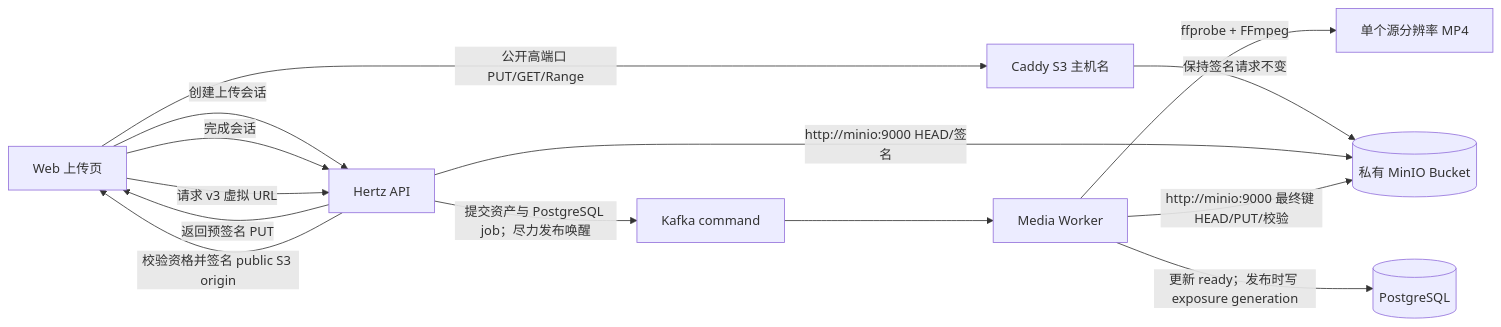
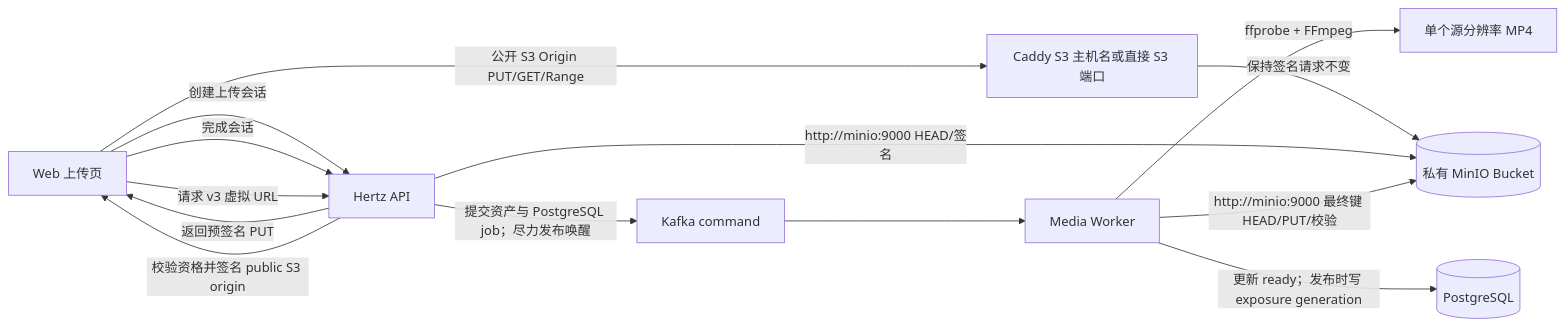
Before and after one commit to shiyudesu/frux: diagram 11 of 12 in docs/architecture.md, drawn with Mermaid. The commit also changed other lines of this file and 24 other files, not shown here.

````diff
--- a/docs/architecture.md
+++ b/docs/architecture.md
@@ -680,16 +680,16 @@
 ```mermaid
 flowchart LR
   Web["Web 上传页"] -->|"创建上传会话"| API["Hertz API"]
   API -->|"返回预签名 PUT"| Web
-  Web -->|"公开高端口 PUT/GET/Range"| Caddy["Caddy S3 主机名"]
-  Caddy -->|"保持签名请求不变"| S3[("私有 MinIO Bucket")]
+  Web -->|"公开 S3 Origin PUT/GET/Range"| PublicS3["Caddy S3 主机名或直接 S3 端口"]
+  PublicS3 -->|"保持签名请求不变"| S3[("私有 MinIO Bucket")]
   Web -->|"完成会话"| API
   API -->|"提交资产与 PostgreSQL job；尽力发布唤醒"| MQ["Kafka command"]
   MQ --> Worker["Media Worker"]
   Worker -->|"ffprobe + FFmpeg"| Outputs["单个源分辨率 MP4"]
   API -->|"http://minio:9000 HEAD/签名"| S3
   Worker -->|"http://minio:9000 最终键 HEAD/PUT/校验"| S3
   Worker -->|"更新 ready；发布时写 exposure generation"| PostgreSQL[("PostgreSQL")]
   Web -->|"请求 v3 虚拟 URL"| API
   API -->|"校验资格并签名 public S3 origin"| Web
 ```
````
